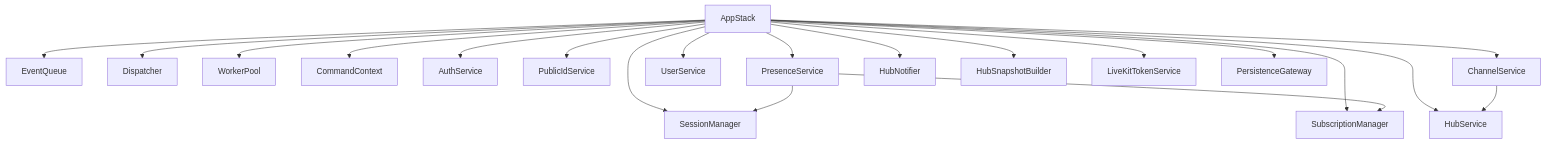
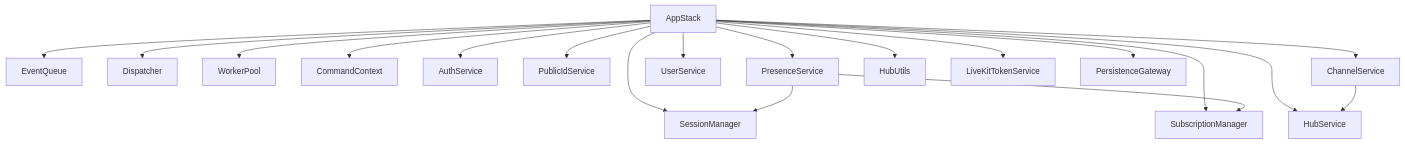
Before and after one commit to bilalkah/kergit-server: the diagram in architecture/app_architecture.md, drawn with Mermaid. The commit also changed other lines of this file and 28 other files, not shown here.

Commit message:
Improve proto schema to use ids more efficiently and avoid duplication, categorize the structures well

````diff
--- a/architecture/app_architecture.md
+++ b/architecture/app_architecture.md
@@ -7,44 +7,42 @@
 ```mermaid
 flowchart TB
     AS[AppStack]
     EQ[EventQueue]
     DISP[Dispatcher]
     WP[WorkerPool]
     CTX[CommandContext]
 
     SM[SessionManager]
     SUB[SubscriptionManager]
 
     AUTH[AuthService]
     IDS[PublicIdService]
     PRES[PresenceService]
     USER[UserService]
     CHAN[ChannelService]
     HUB[HubService]
-    NOTIF[HubNotifier]
-    SNAP[HubSnapshotBuilder]
+    HUTIL[HubUtils]
     LK[LiveKitTokenService]
 
     PG[PersistenceGateway]
 
     AS --> EQ
     AS --> DISP
     AS --> WP
     AS --> CTX
     AS --> SM
     AS --> SUB
     AS --> AUTH
     AS --> IDS
     AS --> PRES
     AS --> USER
     AS --> CHAN
     AS --> HUB
-    AS --> NOTIF
-    AS --> SNAP
+    AS --> HUTIL
     AS --> LK
     AS --> PG
 
     PRES --> SM
     PRES --> SUB
     CHAN --> HUB
 ```
````
